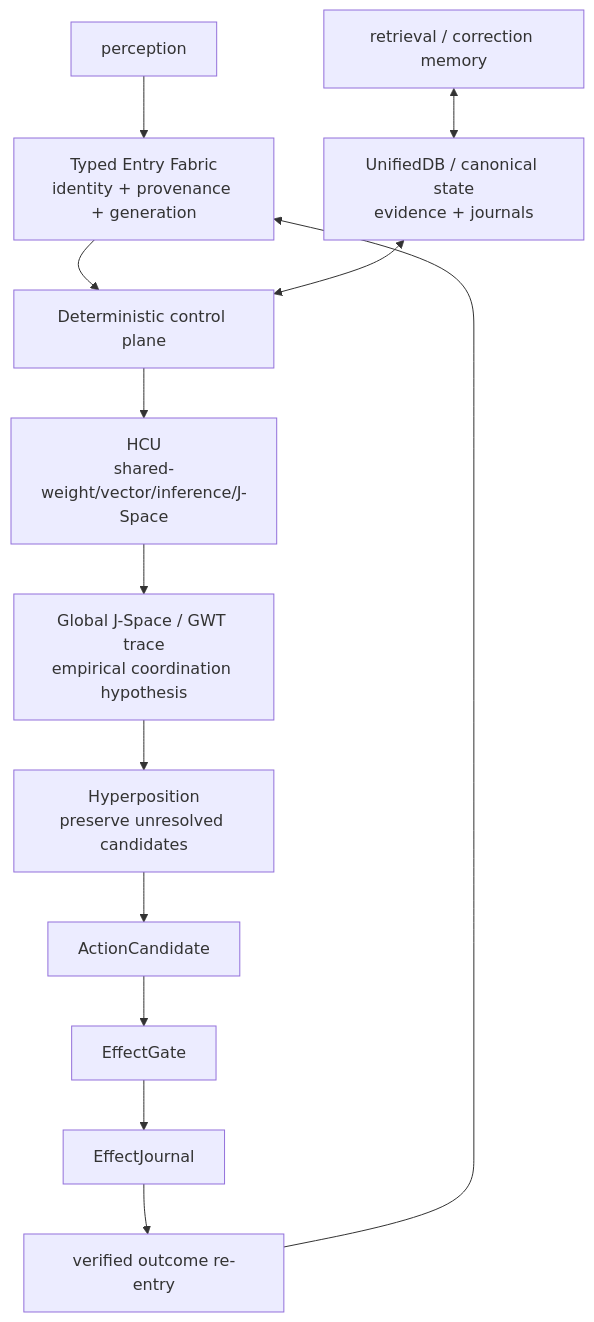
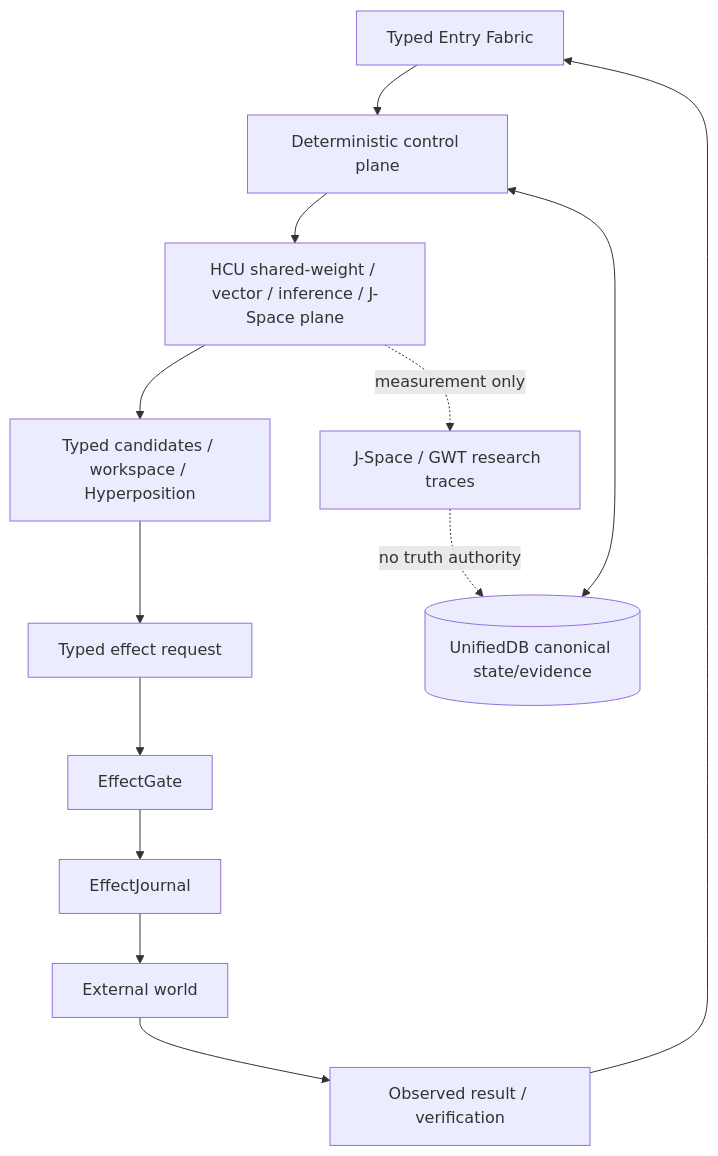
One commit to gschaidergabriel/Cognitive-devmachine changed the diagram in DEV_SOURCE_RESEARCH/README.md. Above: the diagram before and after it, drawn with Mermaid. The commit also changed other lines of this file and 8 other files, not shown here.

Commit message:
trigger3: fuse human dev research and AI entry layers onto current main

````diff
--- a/DEV_SOURCE_RESEARCH/README.md
+++ b/DEV_SOURCE_RESEARCH/README.md
@@ -97,15 +34,15 @@
 ```mermaid
-flowchart TD
-    ENTRY[Typed Entry Fabric\nidentity + provenance + generation] --> CTRL[Deterministic control plane]
-    UDB[UnifiedDB / canonical state\nevidence + journals] <--> CTRL
-    CTRL --> HCU[HCU\nshared-weight/vector/inference/J-Space]
-    HCU --> GWT[Global J-Space / GWT trace\nempirical coordination hypothesis]
-    GWT --> HP[Hyperposition\npreserve unresolved candidates]
-    HP --> CAND[ActionCandidate]
-    CAND --> EG[EffectGate]
-    EG --> EJ[EffectJournal]
-    EJ --> OBS[verified outcome re-entry]
-    OBS --> ENTRY
-    MEM[retrieval / correction memory] <--> UDB
-    PER[perception] --> ENTRY
+flowchart TB
+    ENTRY[Typed Entry Fabric] --> CONTROL[Deterministic control plane]
+    STATE[(UnifiedDB canonical state/evidence)] <--> CONTROL
+    CONTROL --> HCU[HCU shared-weight / vector / inference / J-Space plane]
+    HCU --> CAND[Typed candidates / workspace / Hyperposition]
+    CAND --> EFFECT[Typed effect request]
+    EFFECT --> GATE[EffectGate]
+    GATE --> JOURNAL[EffectJournal]
+    JOURNAL --> WORLD[External world]
+    WORLD --> VERIFY[Observed result / verification]
+    VERIFY --> ENTRY
+    HCU -. measurement only .-> J[J-Space / GWT research traces]
+    J -. no truth authority .-> STATE
 ```
````
